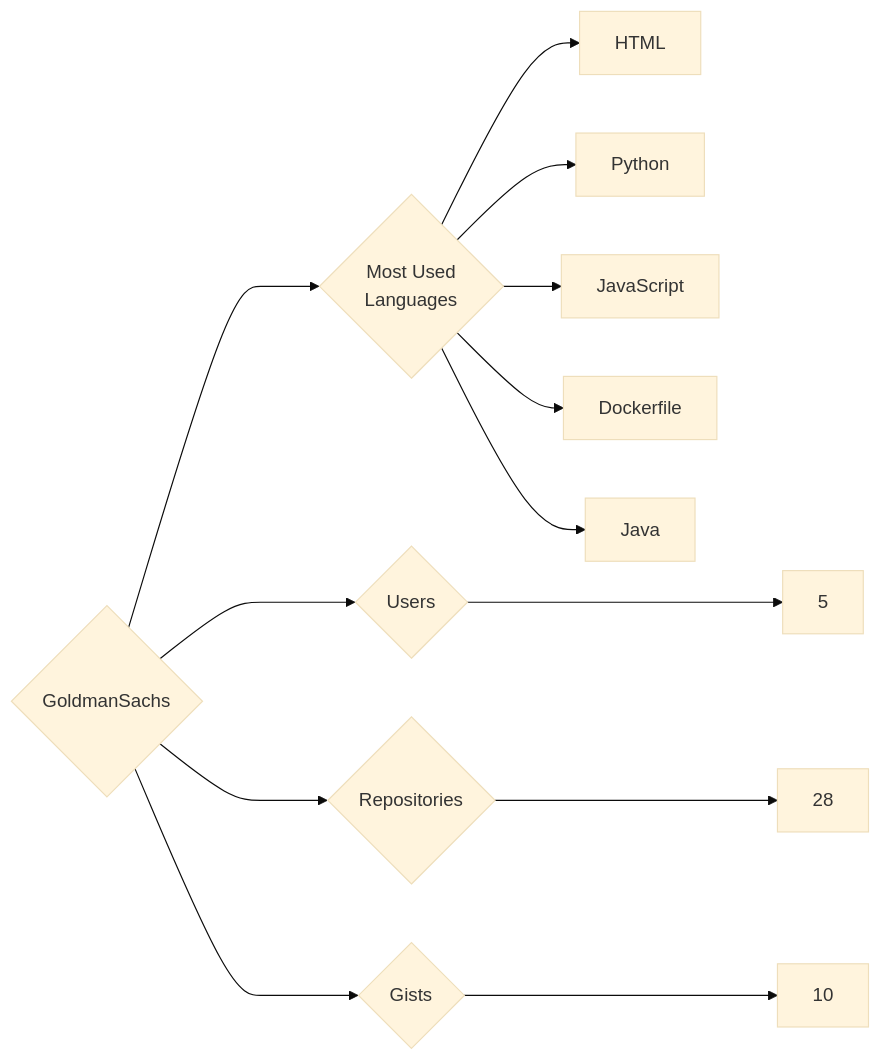
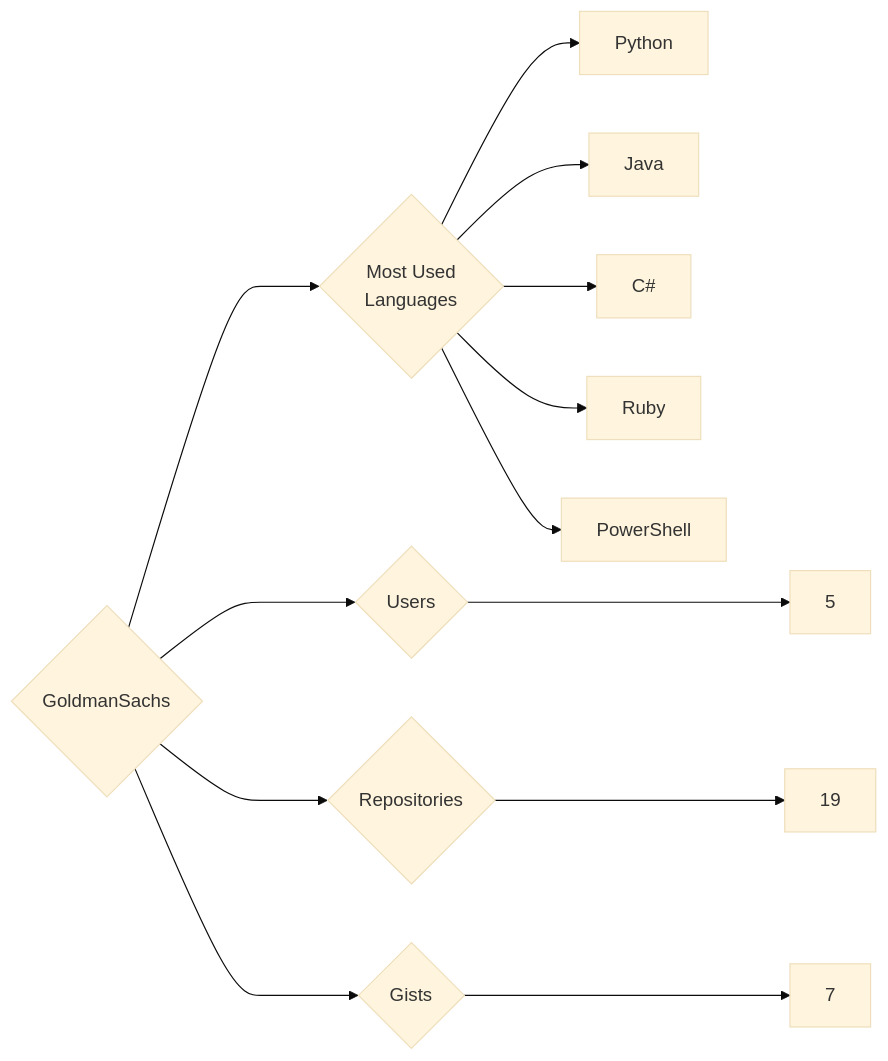
Before and after one commit to trickest/insiders: the diagram in targets/GoldmanSachs/README.md, drawn with Mermaid (base theme). The commit also changed 942 other files, not shown here.

````diff
--- a/targets/GoldmanSachs/README.md
+++ b/targets/GoldmanSachs/README.md
@@ -3,13 +3,13 @@
 ```mermaid
 graph LR
 COMPANY_NAME{GoldmanSachs}
 COMPANY_NAME ---> U{Users} ---> UN[5]
-COMPANY_NAME ---> R{Repositories} ---> RN[28]
-COMPANY_NAME ---> G{Gists} ---> GN[10]
+COMPANY_NAME ---> R{Repositories} ---> RN[19]
+COMPANY_NAME ---> G{Gists} ---> GN[7]
 COMPANY_NAME ---> ML{Most Used<br>Languages}
-ML --> HTML[HTML]
 ML --> Python[Python]
-ML --> JavaScript[JavaScript]
-ML --> Dockerfile[Dockerfile]
 ML --> Java[Java]
+ML --> C#[C#]
+ML --> Ruby[Ruby]
+ML --> PowerShell[PowerShell]
 ```
````
